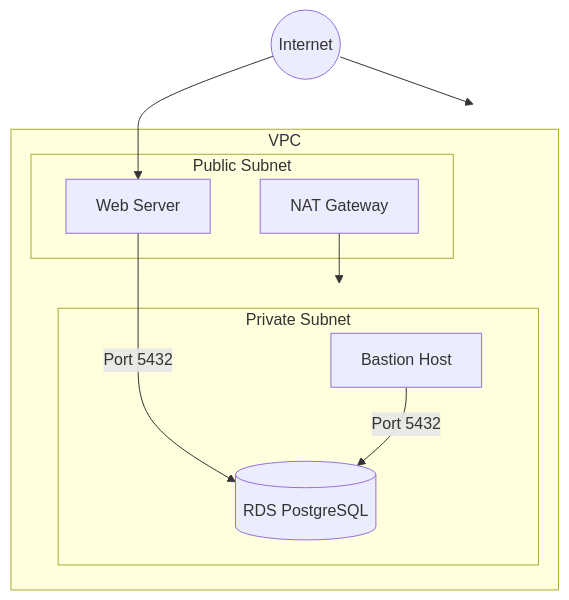
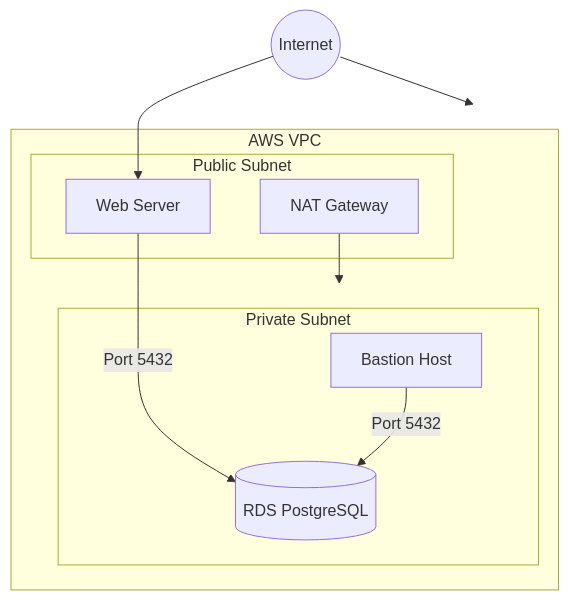
Before and after one commit to mmuller88/aws-demo: the diagram in README.md, drawn with Mermaid.

````diff
--- a/README.md
+++ b/README.md
@@ -9,22 +9,22 @@
 ```mermaid
 graph TB
     Internet((Internet))
 
-    subgraph vpc[VPC]
+    subgraph vpc[AWS VPC]
         subgraph public[Public Subnet]
             WebServer[Web Server]
             NAT[NAT Gateway]
         end
 
         subgraph private[Private Subnet]
             Bastion[Bastion Host]
             RDS[(RDS PostgreSQL)]
         end
     end
 
     Internet --> vpc
     NAT --> private
     WebServer -- Port 5432 --> RDS
     Bastion -- Port 5432 --> RDS
     Internet --> WebServer
 ```
````
